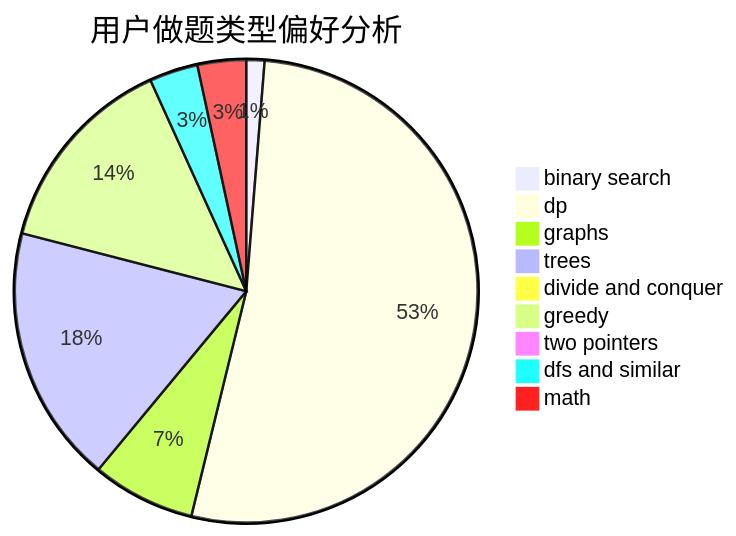
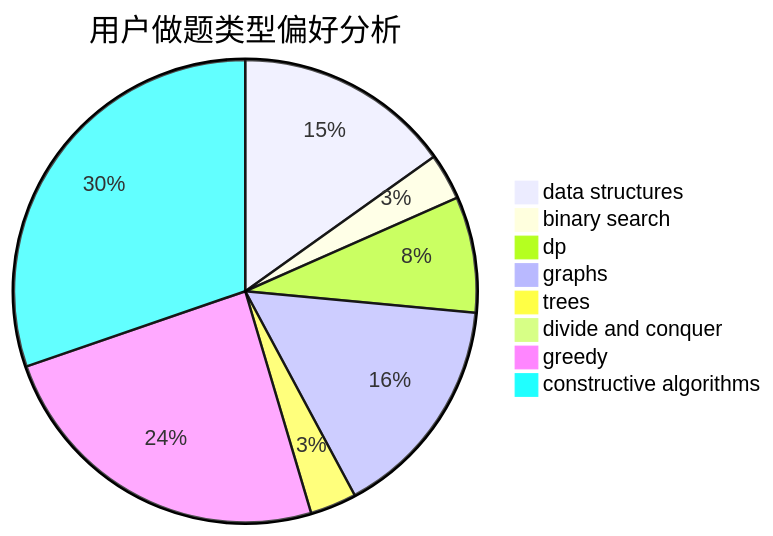
One commit to sherpahu/cfrs.github.io changed the second of 3 diagrams in docs/user/u711.md. Above: the diagram before and after it, drawn with Mermaid. The commit also changed other lines of this file and 2775 other files, not shown here.

````diff
--- a/docs/user/u711.md
+++ b/docs/user/u711.md
@@ -23,12 +23,11 @@
 ```mermaid
 pie title 用户做题类型偏好分析
+    "data structures" :  28
     "binary search" :  6
-    "dp" :  248
-    "graphs" :  34
-    "trees" :  85
+    "dp" :  15
+    "graphs" :  29
+    "trees" :  6
     "divide and conquer" :  0
-    "greedy" :  67
-    "two pointers" :  0
-    "dfs and similar" :  16
-    "math" :  16
+    "greedy" :  45
+    "constructive algorithms" :  56
 ```
````
